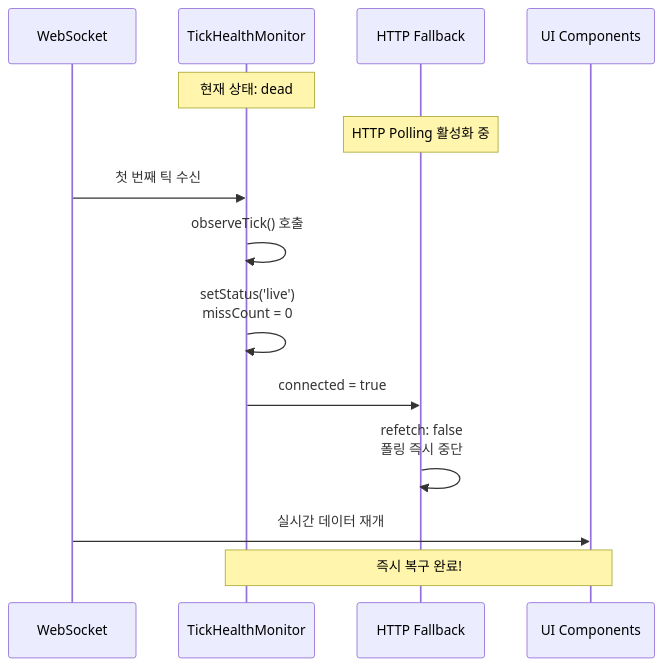
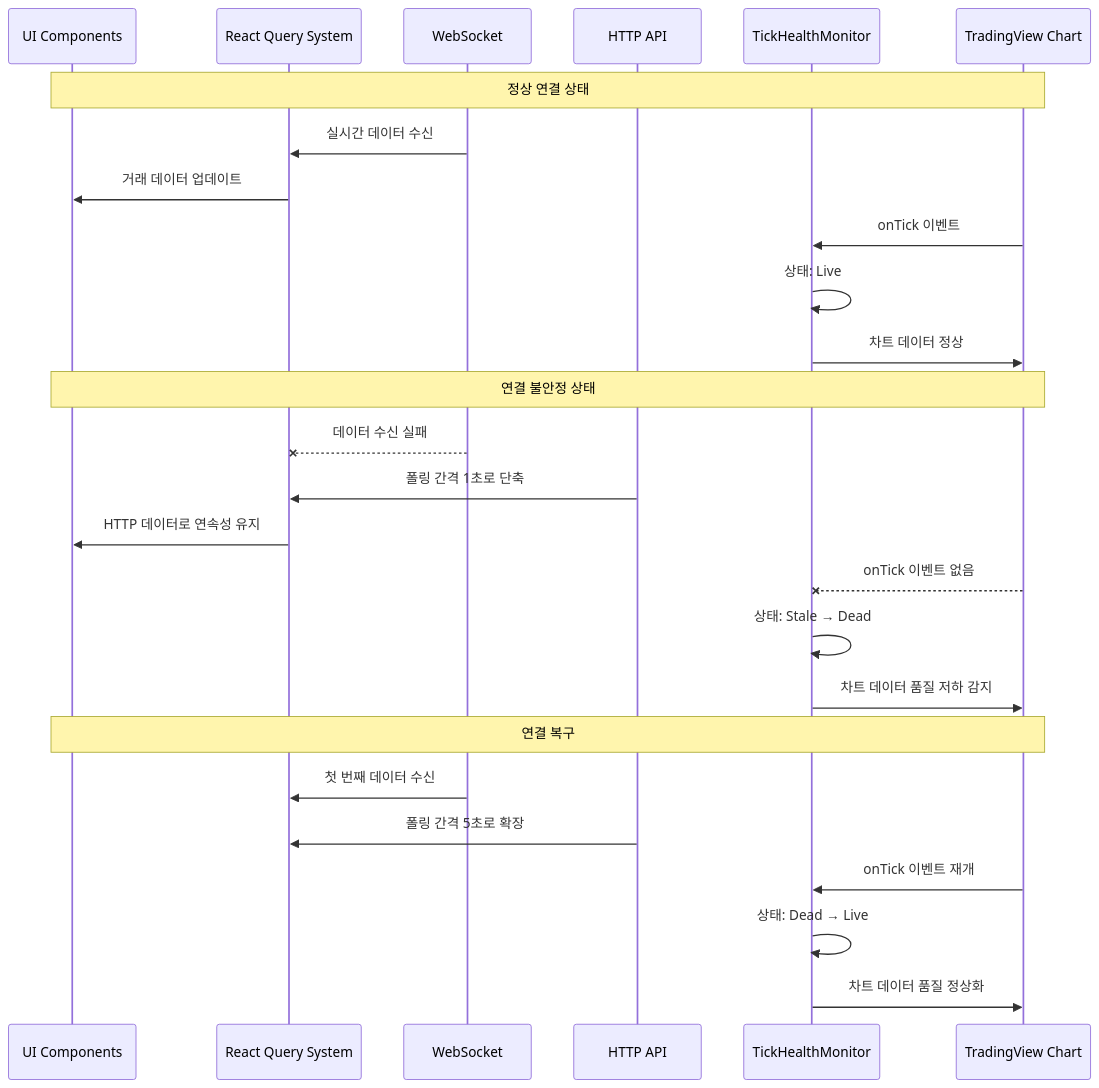
Before and after one commit to JongMany/my-blog: the third of 6 diagrams in apps/portfolio/content/projects/websocket-http-fallback.mdx, drawn with Mermaid. The commit also changed other lines of this file and 7 other files, not shown here.

````diff
--- a/apps/portfolio/content/projects/websocket-http-fallback.mdx
+++ b/apps/portfolio/content/projects/websocket-http-fallback.mdx
@@ -364,21 +124,34 @@
-```mermaid
-sequenceDiagram
-    participant WS as WebSocket
-    participant THM as TickHealthMonitor
-    participant HTTP as HTTP Fallback
-    participant UI as UI Components
+   ```mermaid
+   sequenceDiagram
+       participant UI as UI Components
+       participant RQ as React Query System
+       participant WS as WebSocket
+       participant HTTP as HTTP API
+       participant THM as TickHealthMonitor
+       participant TV as TradingView Chart
 
-    Note over THM: 현재 상태: dead
-    Note over HTTP: HTTP Polling 활성화 중
+       Note over UI,TV: 정상 연결 상태
+       WS->>RQ: 실시간 데이터 수신
+       RQ->>UI: 거래 데이터 업데이트
 
-    WS->>THM: 첫 번째 틱 수신
-    THM->>THM: observeTick() 호출
-    THM->>THM: setStatus('live')<br/>missCount = 0
+       TV->>THM: onTick 이벤트
+       THM->>THM: 상태: Live
+       THM->>TV: 차트 데이터 정상
 
-    THM->>HTTP: connected = true
-    HTTP->>HTTP: refetch: false<br/>폴링 즉시 중단
+       Note over UI,TV: 연결 불안정 상태
+       WS--xRQ: 데이터 수신 실패
+       HTTP->>RQ: 폴링 간격 1초로 단축
+       RQ->>UI: HTTP 데이터로 연속성 유지
 
-    WS->>UI: 실시간 데이터 재개
+       TV--xTHM: onTick 이벤트 없음
+       THM->>THM: 상태: Stale → Dead
+       THM->>TV: 차트 데이터 품질 저하 감지
 
-    Note over THM,UI: 즉시 복구 완료!
-```
+       Note over UI,TV: 연결 복구
+       WS->>RQ: 첫 번째 데이터 수신
+       HTTP->>RQ: 폴링 간격 5초로 확장
+
+       TV->>THM: onTick 이벤트 재개
+       THM->>THM: 상태: Dead → Live
+       THM->>TV: 차트 데이터 품질 정상화
+   ```
````
